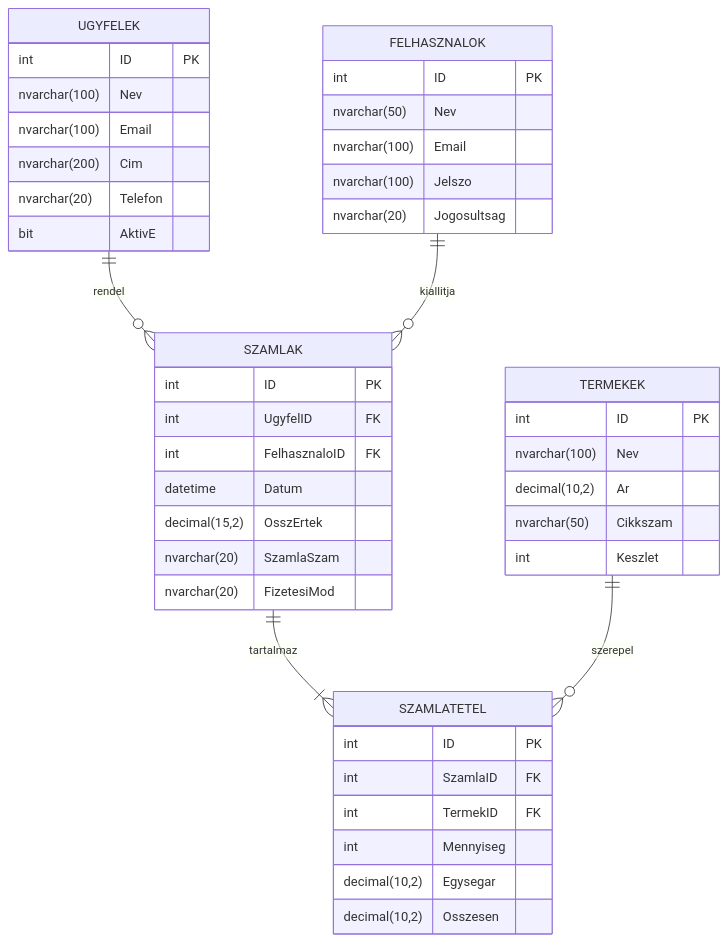
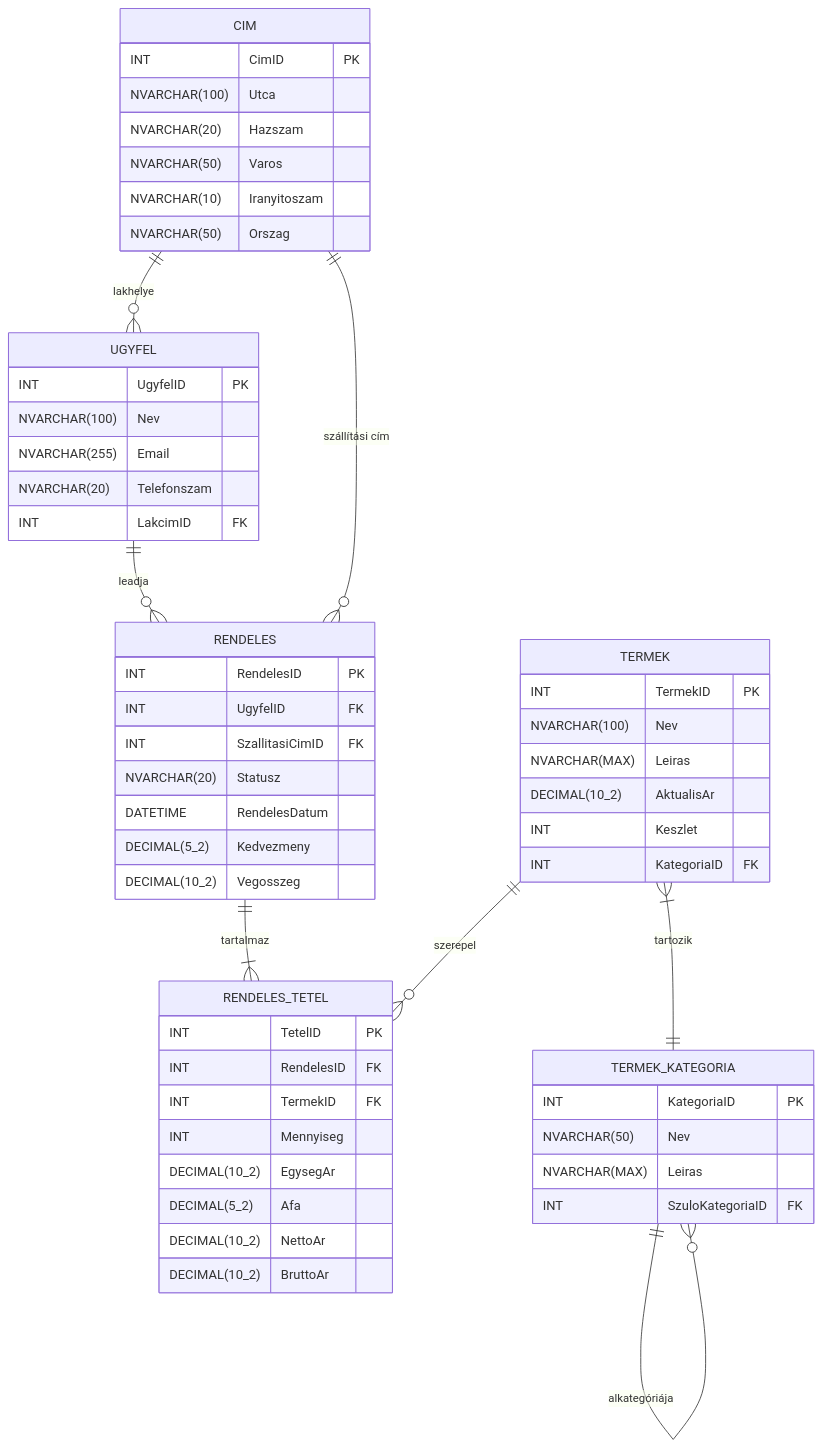
The diagram in week01-project-db-intro/w01-03-database-design.md (balintmatyus/softeng-refurb), drawn with Mermaid before and after one commit. The commit also changed other lines of this file, not shown here.

````diff
--- a/week01-project-db-intro/w01-03-database-design.md
+++ b/week01-project-db-intro/w01-03-database-design.md
@@ -97,47 +98,64 @@
 ```mermaid
 erDiagram
-    UGYFELEK ||--o{ SZAMLAK : "rendel"
-    SZAMLAK ||--|{ SZAMLATETEL : "tartalmaz"
-    TERMEKEK ||--o{ SZAMLATETEL : "szerepel"
-    FELHASZNALOK ||--o{ SZAMLAK : "kiallitja"
+    UGYFEL ||--o{ RENDELES : "leadja"
+    RENDELES ||--|{ RENDELES_TETEL : "tartalmaz"
+    TERMEK ||--o{ RENDELES_TETEL : "szerepel"
+    TERMEK }|--|| TERMEK_KATEGORIA : "tartozik"
+    TERMEK_KATEGORIA ||--o{ TERMEK_KATEGORIA : "alkategóriája"
+    CIM ||--o{ UGYFEL : "lakhelye"
+    CIM ||--o{ RENDELES : "szállítási cím"
 
-    UGYFELEK {
-        int ID PK
-        nvarchar(100) Nev
-        nvarchar(100) Email
-        nvarchar(200) Cim
-        nvarchar(20) Telefon
-        bit AktivE
+    UGYFEL {
+        INT UgyfelID PK
+        NVARCHAR(100) Nev
+        NVARCHAR(255) Email
+        NVARCHAR(20) Telefonszam
+        INT LakcimID FK
     }
-    TERMEKEK {
-        int ID PK
-        nvarchar(100) Nev
-        decimal(10,2) Ar
-        nvarchar(50) Cikkszam
-        int Keszlet
+
+    CIM {
+        INT CimID PK
+        NVARCHAR(100) Utca
+        NVARCHAR(20) Hazszam
+        NVARCHAR(50) Varos
+        NVARCHAR(10) Iranyitoszam
+        NVARCHAR(50) Orszag
     }
-    SZAMLAK {
-        int ID PK
-        int UgyfelID FK
-        int FelhasznaloID FK
-        datetime Datum
-        decimal(15,2) OsszErtek
-        nvarchar(20) SzamlaSzam
-        nvarchar(20) FizetesiMod
+
+    RENDELES {
+        INT RendelesID PK
+        INT UgyfelID FK
+        INT SzallitasiCimID FK
+        NVARCHAR(20) Statusz
+        DATETIME RendelesDatum
+        DECIMAL(5_2) Kedvezmeny
+        DECIMAL(10_2) Vegosszeg
     }
-    SZAMLATETEL {
-        int ID PK
-        int SzamlaID FK
-        int TermekID FK
-        int Mennyiseg
-        decimal(10,2) Egysegar
-        decimal(10,2) Osszesen
+
+    RENDELES_TETEL {
+        INT TetelID PK
+        INT RendelesID FK
+        INT TermekID FK
+        INT Mennyiseg
+        DECIMAL(10_2) EgysegAr
+        DECIMAL(5_2) Afa
+        DECIMAL(10_2) NettoAr
+        DECIMAL(10_2) BruttoAr
     }
-    FELHASZNALOK {
-        int ID PK
-        nvarchar(50) Nev
-        nvarchar(100) Email
-        nvarchar(100) Jelszo
-        nvarchar(20) Jogosultsag
+
+    TERMEK {
+        INT TermekID PK
+        NVARCHAR(100) Nev
+        NVARCHAR(MAX) Leiras
+        DECIMAL(10_2) AktualisAr
+        INT Keszlet
+        INT KategoriaID FK
+    }
+
+    TERMEK_KATEGORIA {
+        INT KategoriaID PK
+        NVARCHAR(50) Nev
+        NVARCHAR(MAX) Leiras
+        INT SzuloKategoriaID FK
     }
 ```
````
